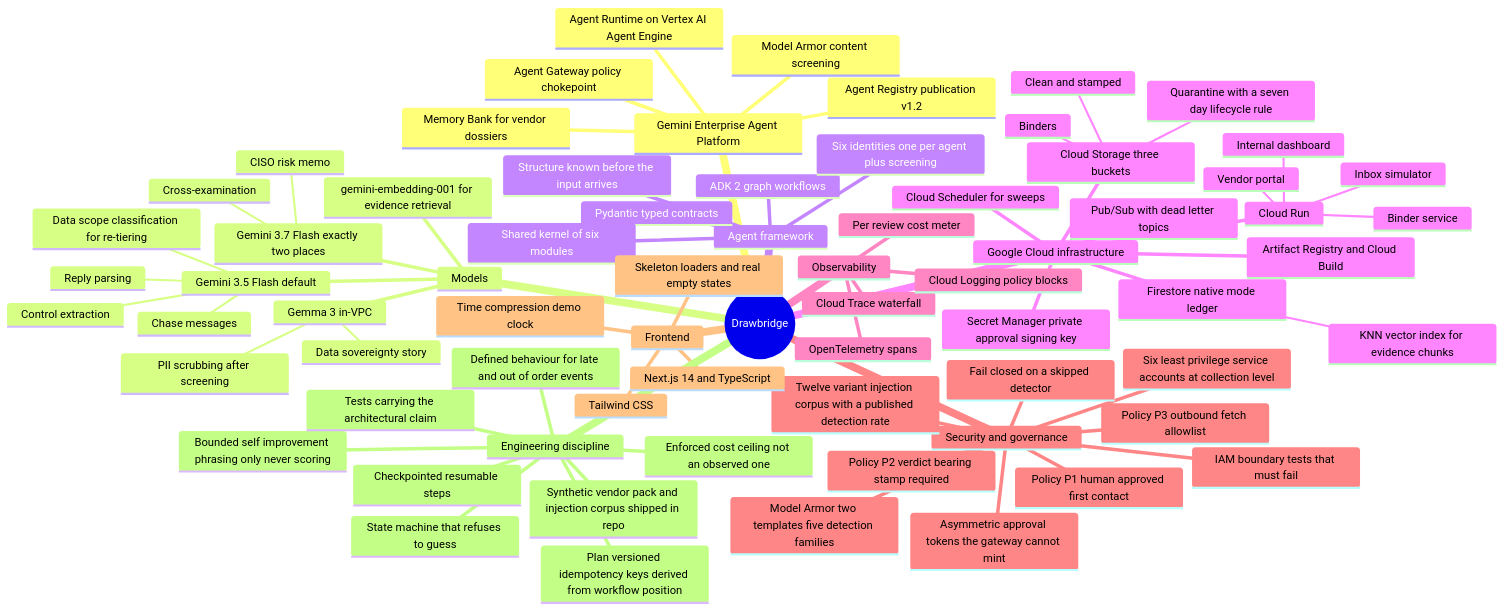
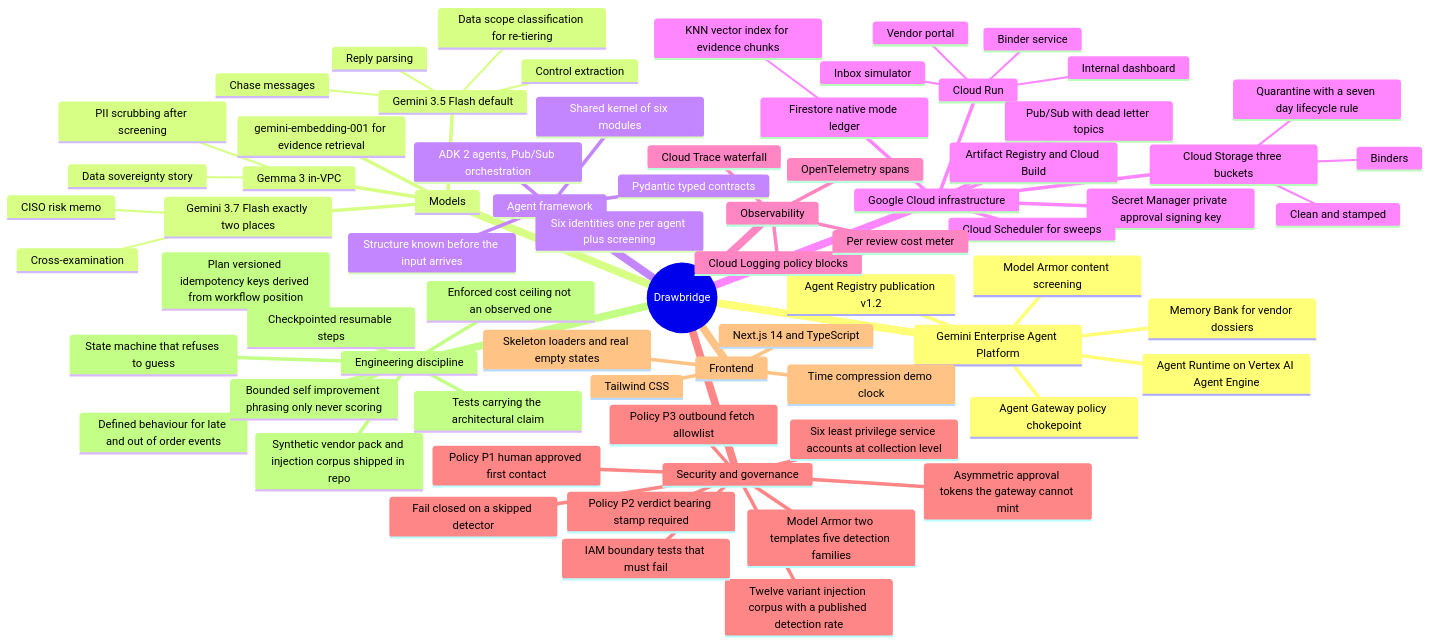
One commit to edish-github/Drawbridge changed the diagram in docs/diagrams/src/12-technology-stack-mindmap.mmd. Above: the diagram before and after it, drawn with Mermaid. The commit also changed 12 other files, not shown here.

```diff
--- a/docs/diagrams/src/12-technology-stack-mindmap.mmd
+++ b/docs/diagrams/src/12-technology-stack-mindmap.mmd
@@ -1,75 +1,75 @@
 ---
 title: "Drawbridge — Technology stack"
 ---
 mindmap
   root((Drawbridge))
     Gemini Enterprise Agent Platform
       Agent Runtime on Vertex AI Agent Engine
       Memory Bank for vendor dossiers
       Agent Gateway policy chokepoint
       Agent Registry publication v1.2
       Model Armor content screening
     Models
       Gemini 3.5 Flash default
         Reply parsing
         Control extraction
         Data scope classification for re-tiering
         Chase messages
       Gemini 3.7 Flash exactly two places
         Cross-examination
         CISO risk memo
       gemini-embedding-001 for evidence retrieval
       Gemma 3 in-VPC
         PII scrubbing after screening
         Data sovereignty story
     Agent framework
-      ADK 2 graph workflows
+      ADK 2 agents, Pub/Sub orchestration
       Structure known before the input arrives
       Six identities one per agent plus screening
       Pydantic typed contracts
       Shared kernel of six modules
     Google Cloud infrastructure
       Cloud Run
         Vendor portal
         Internal dashboard
         Inbox simulator
         Binder service
       Pub/Sub with dead letter topics
       Firestore native mode ledger
         KNN vector index for evidence chunks
       Cloud Storage three buckets
         Quarantine with a seven day lifecycle rule
         Clean and stamped
         Binders
       Secret Manager private approval signing key
       Artifact Registry and Cloud Build
       Cloud Scheduler for sweeps
     Observability
       OpenTelemetry spans
       Cloud Trace waterfall
       Cloud Logging policy blocks
       Per review cost meter
     Security and governance
       Six least privilege service accounts at collection level
       Policy P1 human approved first contact
       Policy P2 verdict bearing stamp required
       Policy P3 outbound fetch allowlist
       Asymmetric approval tokens the gateway cannot mint
       Model Armor two templates five detection families
       Fail closed on a skipped detector
       Twelve variant injection corpus with a published detection rate
       IAM boundary tests that must fail
     Frontend
       Next.js 14 and TypeScript
       Tailwind CSS
       Time compression demo clock
       Skeleton loaders and real empty states
     Engineering discipline
       Plan versioned idempotency keys derived from workflow position
       Checkpointed resumable steps
       Defined behaviour for late and out of order events
       State machine that refuses to guess
       Bounded self improvement phrasing only never scoring
       Enforced cost ceiling not an observed one
       Tests carrying the architectural claim
       Synthetic vendor pack and injection corpus shipped in repo
```
